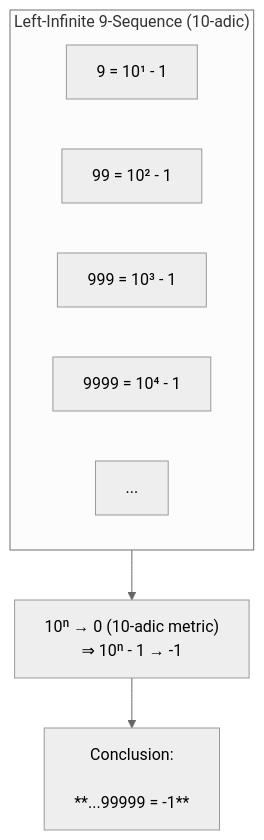
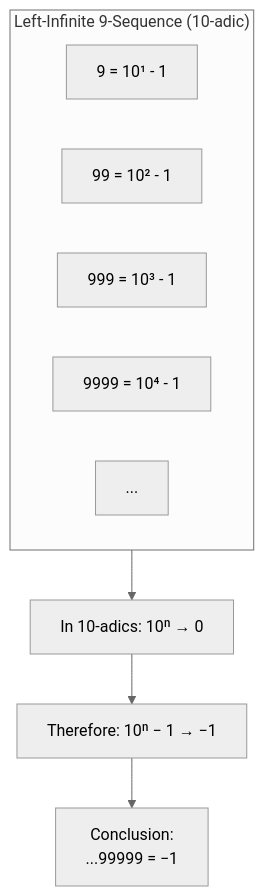
Before and after one commit to ashishrajput123/can-infinity-collapse-to-zero: the diagram in figures/p-adic-illustration.mmd, drawn with Mermaid (neutral theme).

Commit message:
Fix flowchart subgraph naming and connections

```diff
--- a/figures/p-adic-illustration.mmd
+++ b/figures/p-adic-illustration.mmd
@@ -1,13 +1,15 @@
 
 flowchart TB
-    subgraph S["Left-Infinite 9-Sequence (10-adic)"]
+    subgraph SEQ["Left-Infinite 9-Sequence (10-adic)"]
         A1["9 = 10¹ - 1"]
         A2["99 = 10² - 1"]
         A3["999 = 10³ - 1"]
         A4["9999 = 10⁴ - 1"]
         A5["..."]
     end
 
-    S --> LIM["10ⁿ → 0 (10-adic metric) <br> ⇒ 10ⁿ - 1 → -1"]
+    SEQ --> STEP["In 10-adics: 10ⁿ → 0"]
 
-    LIM --> RESULT["Conclusion: <br><br> **...99999 = -1**"]
+    STEP --> LIMIT["Therefore: 10ⁿ − 1 → −1"]
+
+    LIMIT --> RESULT["Conclusion:\n...99999 = −1"]
```
